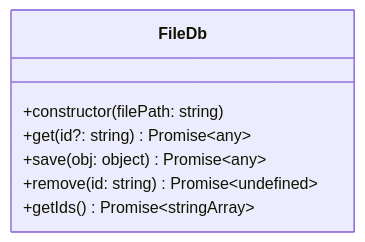
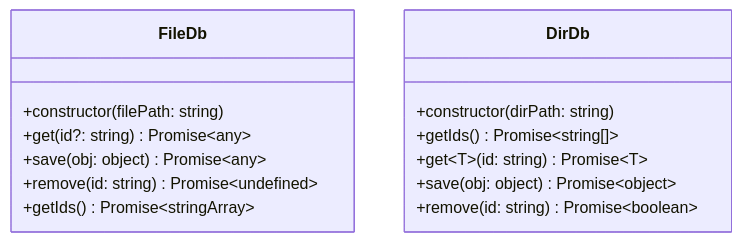
The diagram in docs/md/about.md (tomsdoo/fsdb), drawn with Mermaid before and after one commit. The commit also changed other lines of this file and 5 other files, not shown here.

````diff
--- a/docs/md/about.md
+++ b/docs/md/about.md
@@ -19,11 +19,19 @@
 ``` mermaid
 classDiagram
 
 class FileDb {
   +constructor(filePath: string)
   +get(id?: string) Promise~any~
   +save(obj: object) Promise~any~
   +remove(id: string) Promise~undefined~
   +getIds() Promise~stringArray~
 }
+
+class DirDb {
+  +constructor(dirPath: string)
+  +getIds() Promise~string[]~
+  +get&lt;T&gt;(id: string) Promise~T~
+  +save(obj: object) Promise~object~
+  +remove(id: string) Promise~boolean~
+}
 ```
````
